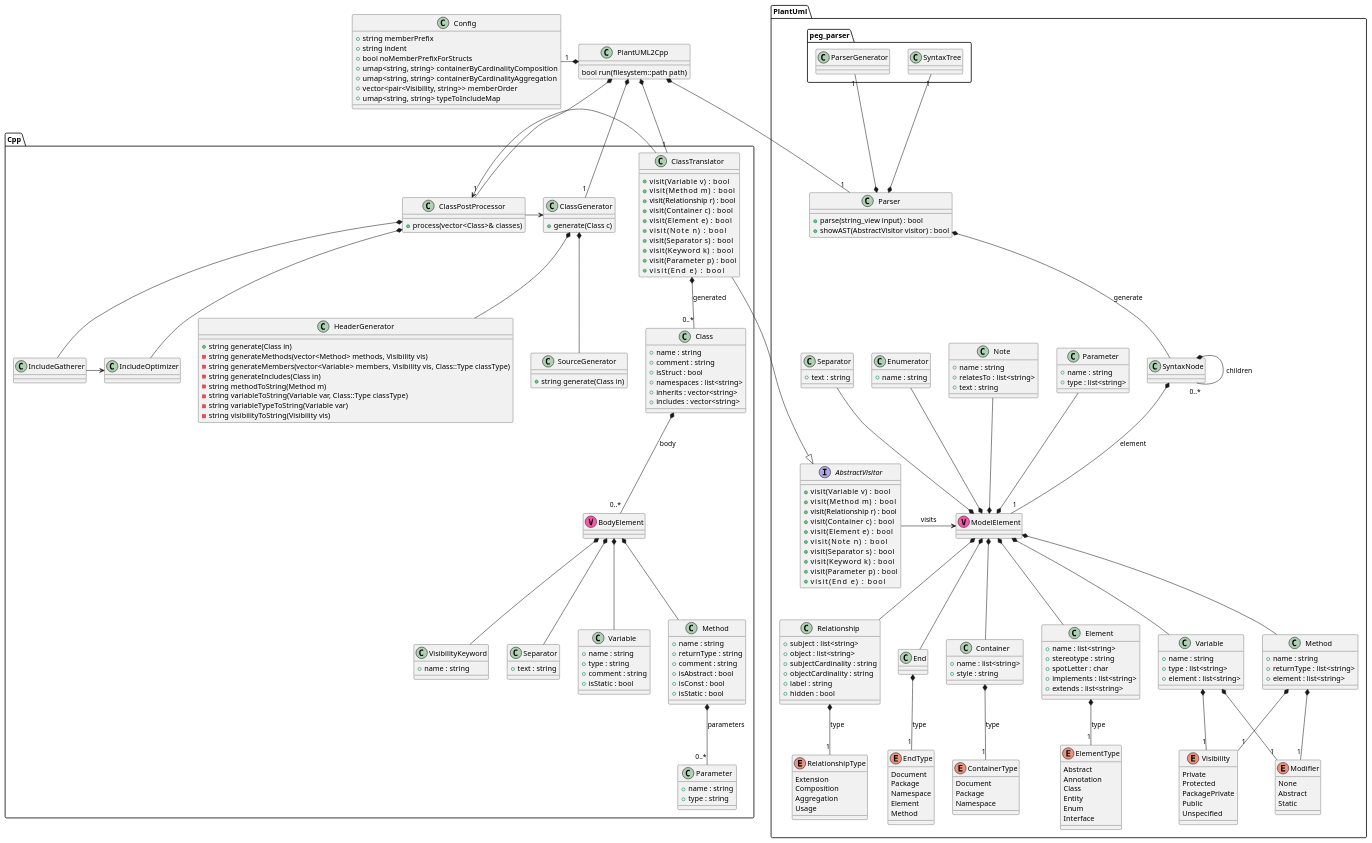
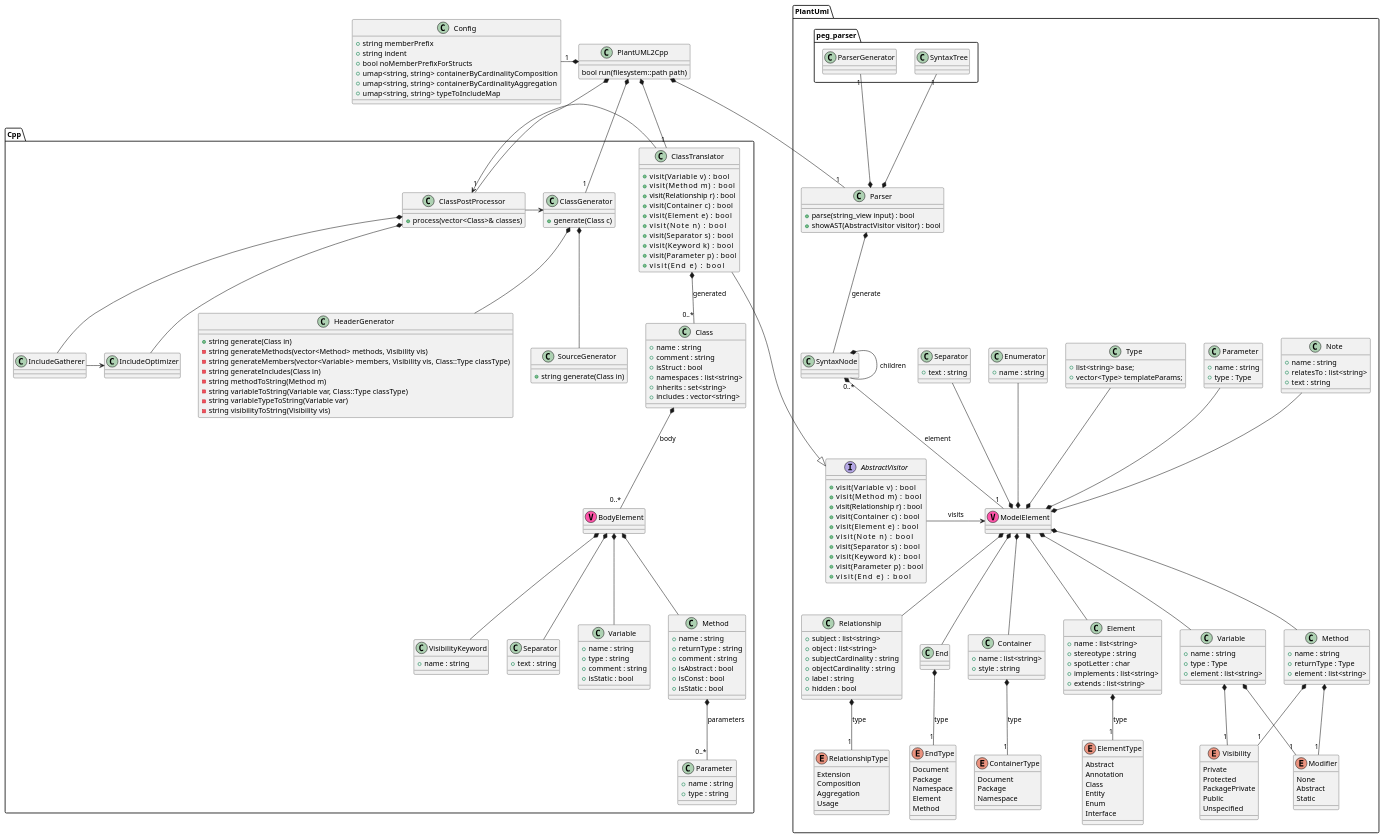
One commit to jteuber/PlantUML2Cpp changed the diagram in models/PlantUML2Cpp.puml. Above: the diagram before and after it, drawn with PlantUML. The commit also changed 22 other files, not shown here.

Commit message:
More pipeline refactor and introduced Type structs for PlantUml and Cpp.

```diff
--- a/models/PlantUML2Cpp.puml
+++ b/models/PlantUML2Cpp.puml
@@ -13,7 +13,6 @@
     +bool noMemberPrefixForStructs
     +umap<string, string> containerByCardinalityComposition
     +umap<string, string> containerByCardinalityAggregation
-    +vector<pair<Visibility, string>> memberOrder
     +umap<string, string> typeToIncludeMap
 }
 
@@ -73,23 +72,28 @@
 
     class Variable {
         +name : string
-        +type : list<string>
+        +type : Type
         +element : list<string>
     }
     class Method {
         +name : string
-        +returnType : list<string>
+        +returnType : Type
         +element : list<string>
     }
     class Parameter {
         +name : string
-        +type : list<string>
+        +type : Type
     }
     class Separator {
         +text : string
     }
     class Enumerator {
         +name : string
+    }
+    class Type
+    {
+        +list<string> base;
+        +vector<Type> templateParams;
     }
     class Relationship {
         +subject : list<string> 
@@ -143,6 +147,7 @@
     ModelElement *-up- Separator
     ModelElement *-up- Enumerator
     ModelElement *-up- Parameter
+    ModelElement *-up- Type
     ModelElement *-- Container
     ModelElement *-- Element
     ModelElement *-- Relationship
@@ -221,7 +226,7 @@
         +comment : string
         +isStruct : bool
         +namespaces : list<string>
-        +inherits : vector<string>
+        +inherits : set<string>
         +includes : vector<string>
     }
     class BodyElement << (V,#FF55AA) >>
```
